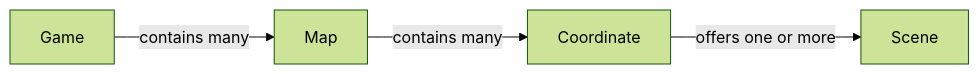
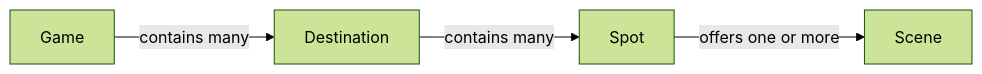
The first of 2 diagrams in docs/game-design.md (chansyawn/over-yonder), drawn with Mermaid (forest theme) before and after one commit. The commit also changed other lines of this file and 14 other files, not shown here.

````diff
--- a/docs/game-design.md
+++ b/docs/game-design.md
@@ -22,6 +22,6 @@
 ```mermaid
 flowchart LR
-    Game["Game"] -->|contains many| Map["Map"]
-    Map -->|contains many| Coordinate["Coordinate"]
-    Coordinate -->|offers one or more| Scene["Scene"]
+    Game["Game"] -->|contains many| Destination["Destination"]
+    Destination -->|contains many| Spot["Spot"]
+    Spot -->|offers one or more| Scene["Scene"]
 ```
````
